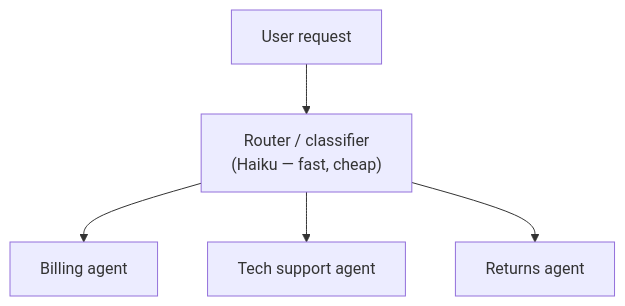
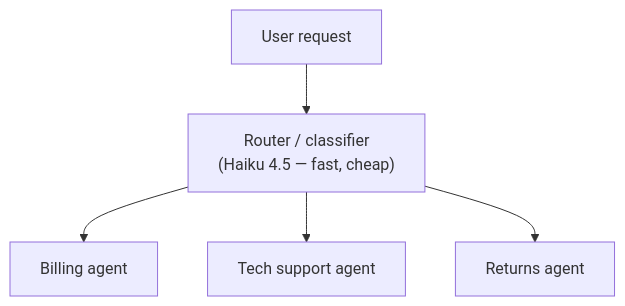
Before and after one commit to riddam/riddam.github.io: the sixth of 12 diagrams in src/content/guides/ai-architecture-master-guide.md, drawn with Mermaid. The commit also changed other lines of this file and 8 other files, not shown here.

````diff
--- a/src/content/guides/ai-architecture-master-guide.md
+++ b/src/content/guides/ai-architecture-master-guide.md
@@ -285,7 +285,7 @@
 ```mermaid
 flowchart TD
-    A["User request"] --> B["Router / classifier<br/>(Haiku — fast, cheap)"]
+    A["User request"] --> B["Router / classifier<br/>(Haiku 4.5 — fast, cheap)"]
     B --> C["Billing agent"]
     B --> D["Tech support agent"]
     B --> E["Returns agent"]
 ```
````
